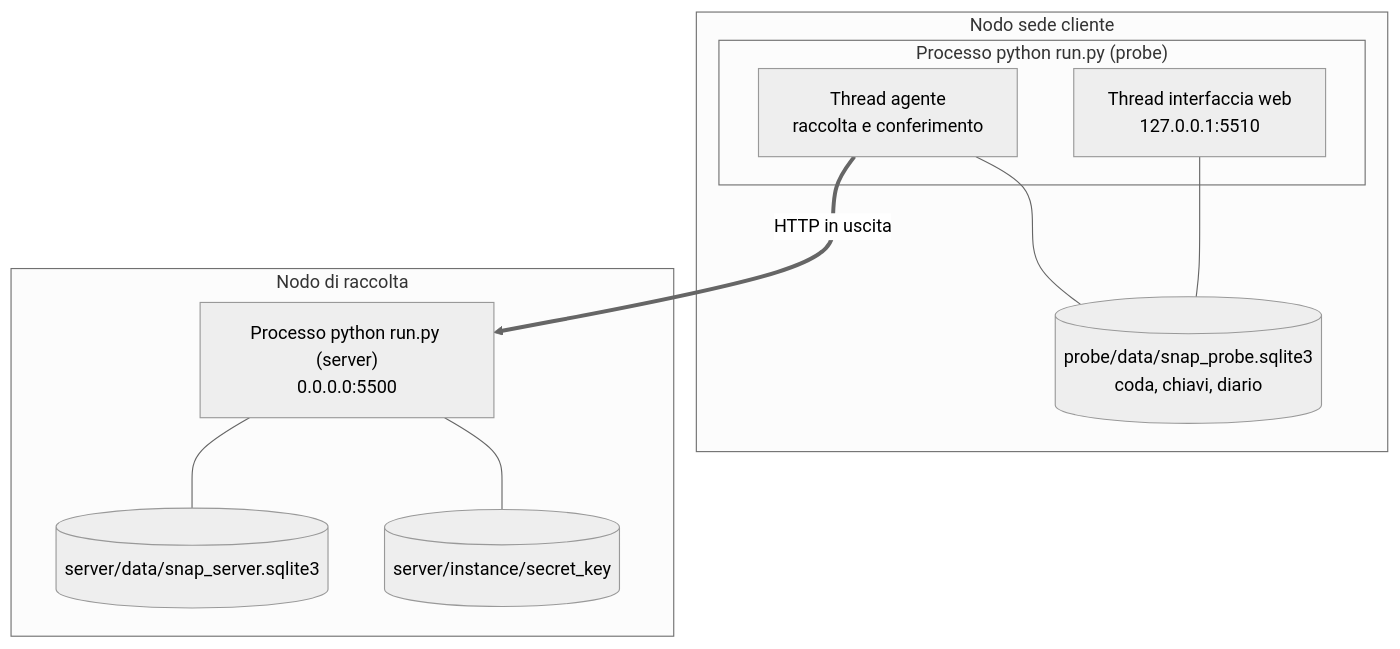
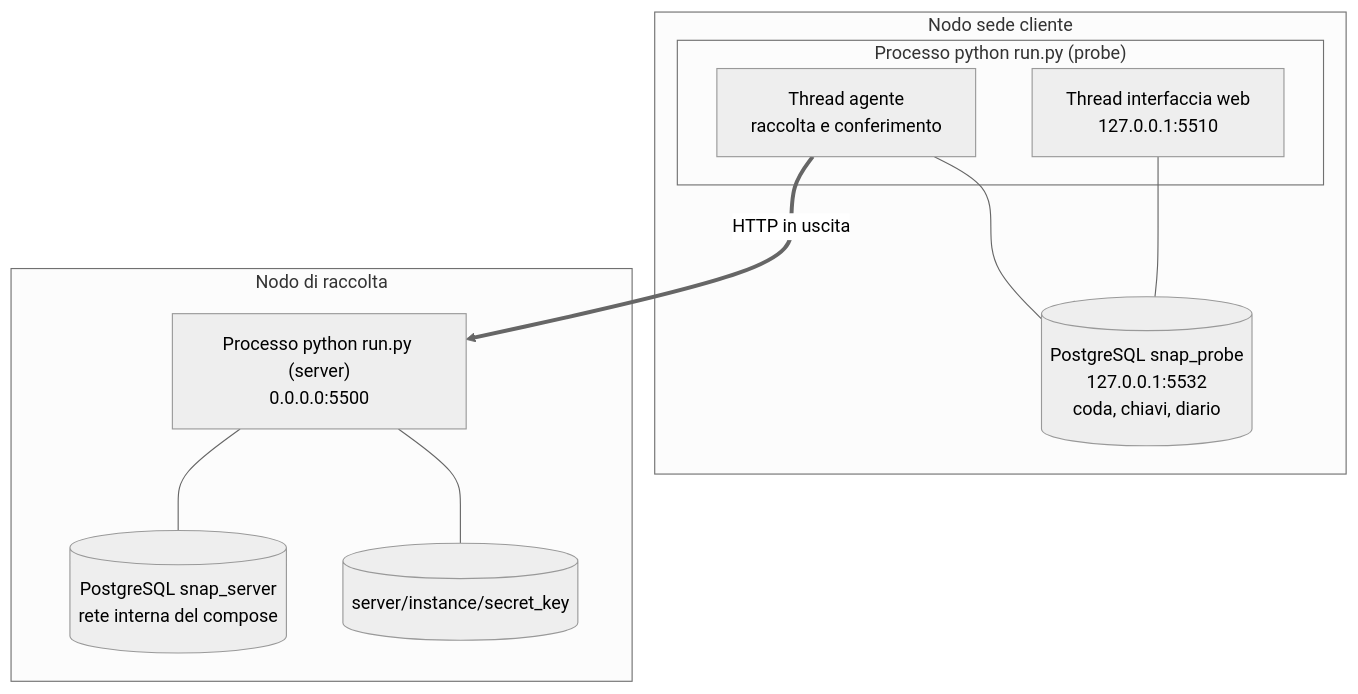
One commit to dspeziale/snap changed the seventh of 7 diagrams in docs/02_ARCHITETTURA.md. Above: the diagram before and after it, drawn with Mermaid (neutral theme). The commit also changed other lines of this file and 27 other files, not shown here.

````diff
--- a/docs/02_ARCHITETTURA.md
+++ b/docs/02_ARCHITETTURA.md
@@ -428,21 +428,21 @@
 ```mermaid
 graph TB
     subgraph N1["Nodo sede cliente"]
         subgraph PROC1["Processo python run.py (probe)"]
             T1["Thread interfaccia web<br/>127.0.0.1:5510"]
             T2["Thread agente<br/>raccolta e conferimento"]
         end
-        F1[("probe/data/snap_probe.sqlite3<br/>coda, chiavi, diario")]
+        F1[("PostgreSQL snap_probe<br/>127.0.0.1:5532<br/>coda, chiavi, diario")]
     end
     subgraph N2["Nodo di raccolta"]
         PROC2["Processo python run.py (server)<br/>0.0.0.0:5500"]
-        F2[("server/data/snap_server.sqlite3")]
+        F2[("PostgreSQL snap_server<br/>rete interna del compose")]
         F4[("server/instance/secret_key")]
     end
 
     T2 == "HTTP in uscita" ==> PROC2
     T1 --- F1
     T2 --- F1
     PROC2 --- F2
     PROC2 --- F4
 ```
````
